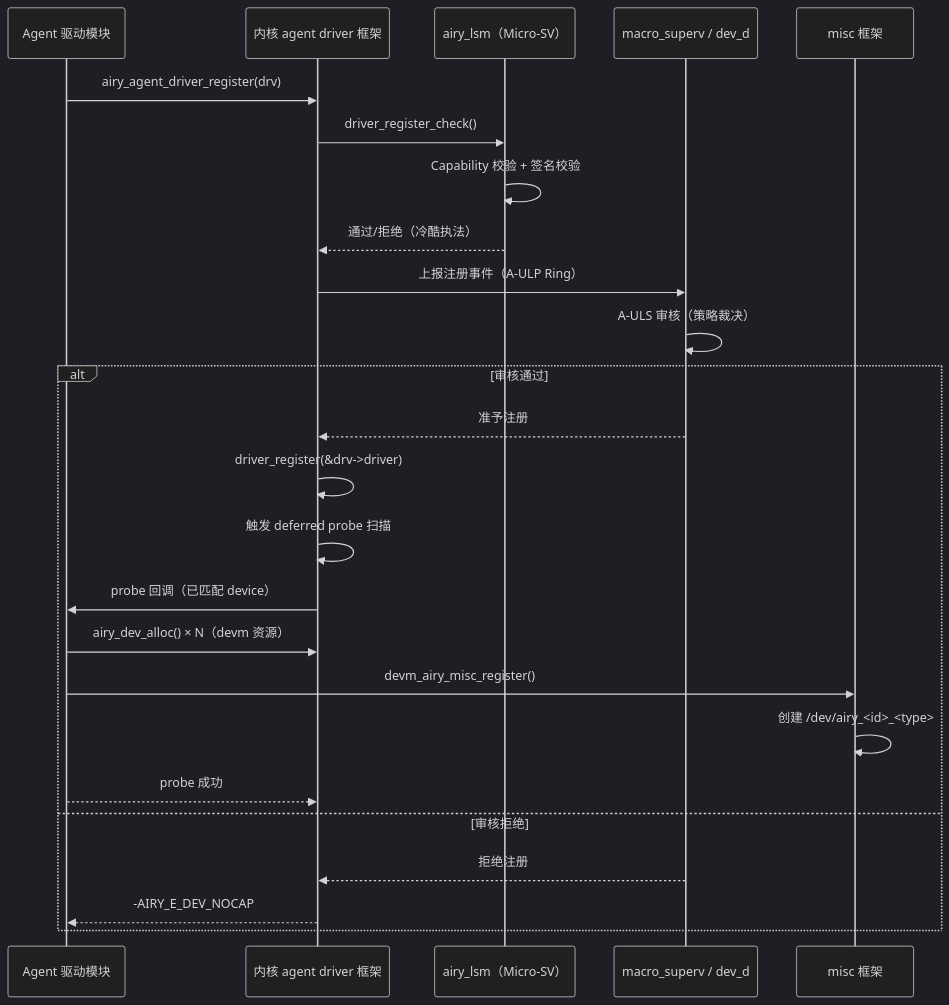
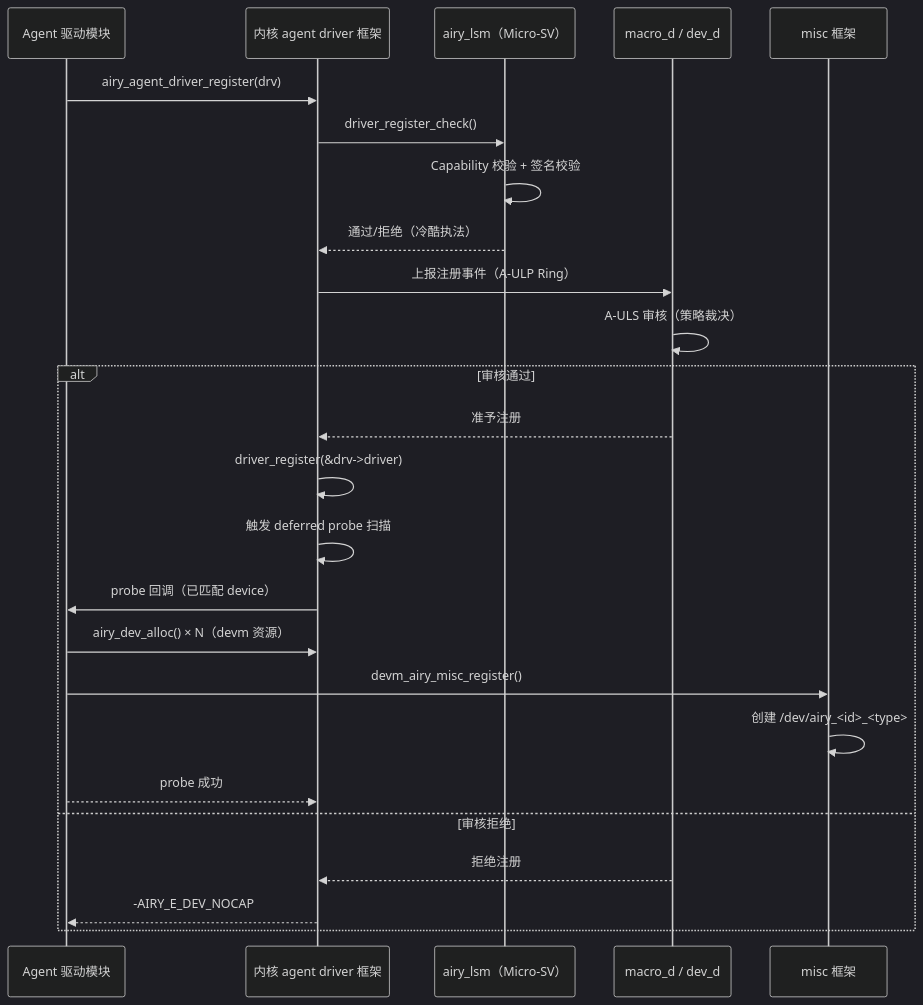
Before and after one commit to openairymax/docs: the second of 5 diagrams in AirymaxOS/60-driver-model/05-agent-driver.md, drawn with Mermaid (dark theme). The commit also changed other lines of this file and 71 other files, not shown here.

````diff
--- a/AirymaxOS/60-driver-model/05-agent-driver.md
+++ b/AirymaxOS/60-driver-model/05-agent-driver.md
@@ -92,27 +92,27 @@
 ```mermaid
 sequenceDiagram
     participant A as Agent 驱动模块
     participant K as 内核 agent driver 框架
     participant L as airy_lsm（Micro-SV）
-    participant U as macro_superv / dev_d
+    participant U as macro_d / dev_d
     participant M as misc 框架
     A->>K: airy_agent_driver_register(drv)
     K->>L: driver_register_check()
     L->>L: Capability 校验 + 签名校验
     L-->>K: 通过/拒绝（冷酷执法）
     K->>U: 上报注册事件（A-ULP Ring）
     U->>U: A-ULS 审核（策略裁决）
     alt 审核通过
         U-->>K: 准予注册
         K->>K: driver_register(&drv->driver)
         K->>K: 触发 deferred probe 扫描
         K->>A: probe 回调（已匹配 device）
         A->>K: airy_dev_alloc() × N（devm 资源）
         A->>M: devm_airy_misc_register()
         M->>M: 创建 /dev/airy_<id>_<type>
         A-->>K: probe 成功
     else 审核拒绝
         U-->>K: 拒绝注册
         K-->>A: -AIRY_E_DEV_NOCAP
     end
 ```
````
